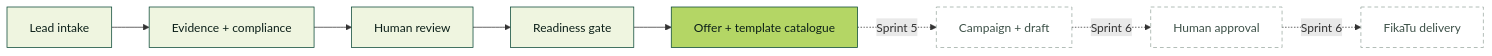
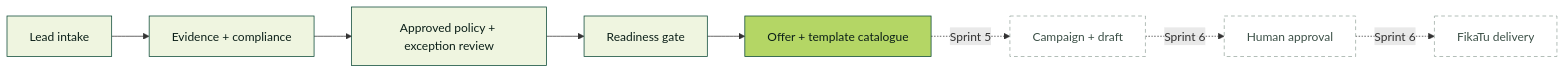
One commit to Herman-Gathege/webloom-sales-engine changed the second of 7 diagrams in docs/full-wadi-documentation.md. Above: the diagram before and after it, drawn with Mermaid. The commit also changed other lines of this file and 60 other files, not shown here.

````diff
--- a/docs/full-wadi-documentation.md
+++ b/docs/full-wadi-documentation.md
@@ -62,17 +62,17 @@
 ```mermaid
 flowchart LR
     A[Lead intake] --> B[Evidence + compliance]
-    B --> C[Human review]
+    B --> C[Approved policy + exception review]
     C --> D[Readiness gate]
     D --> E[Offer + template catalogue]
     E -. Sprint 5 .-> F[Campaign + draft]
     F -. Sprint 6 .-> G[Human approval]
     G -. Sprint 6 .-> H[FikaTu delivery]
 
     classDef built fill:#eff5e0,stroke:#084734,color:#0b1f18;
     classDef current fill:#b4d665,stroke:#084734,color:#0b1f18;
     classDef future fill:#ffffff,stroke:#9aa9a0,color:#3d5148,stroke-dasharray:5 4;
     class A,B,C,D built;
     class E current;
     class F,G,H future;
 ```
````
